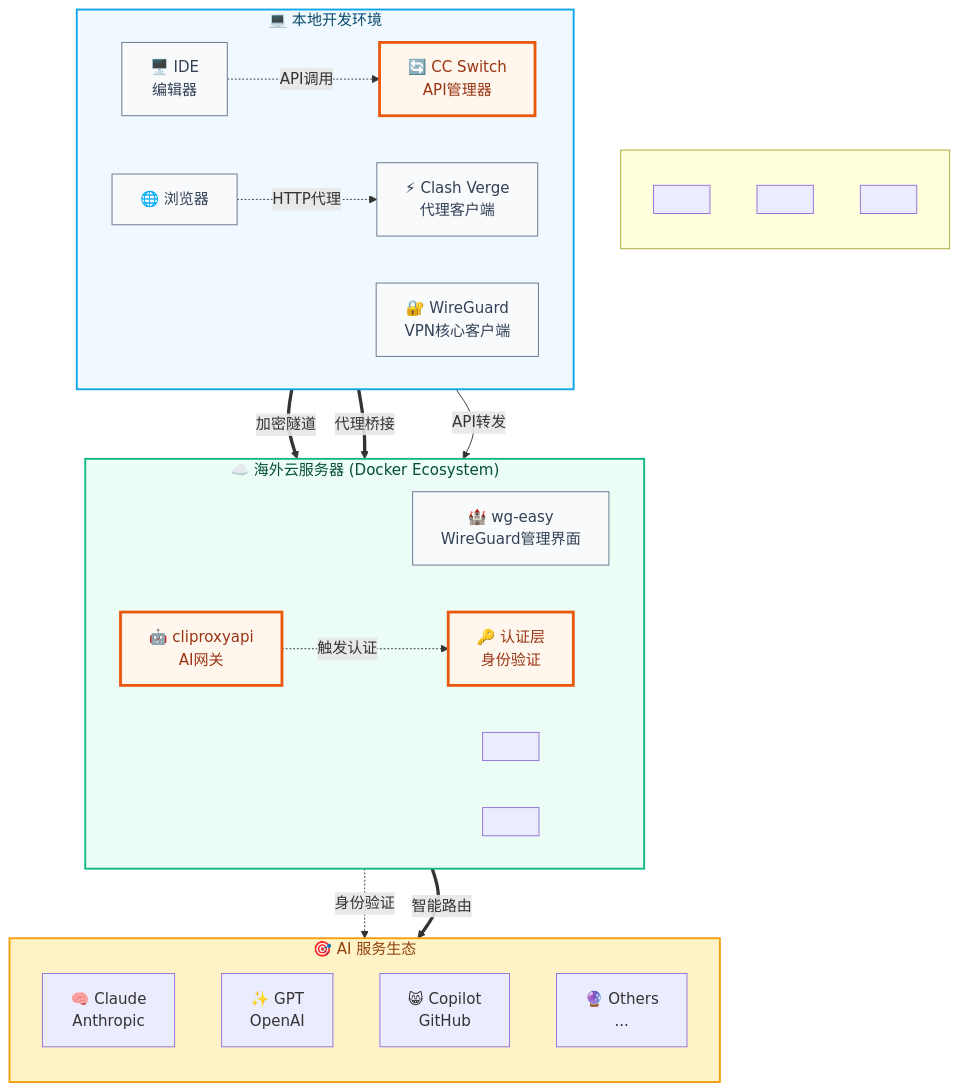
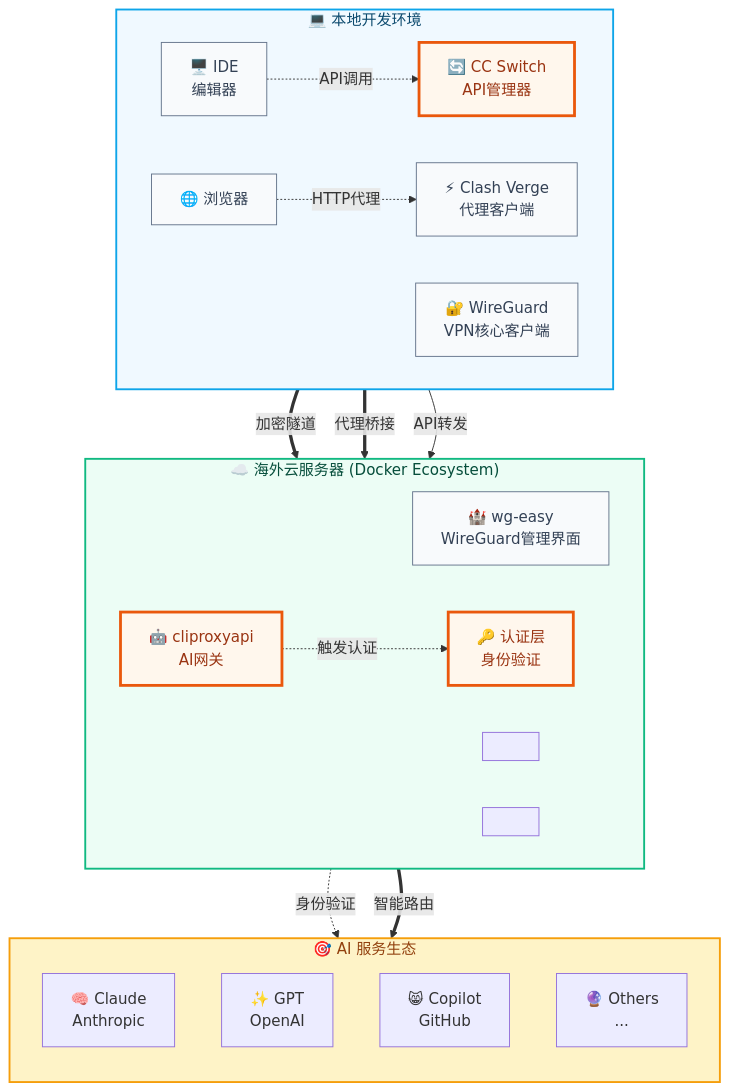
One commit to zhaofutao04/zblog changed the diagram in docs/_posts/overseas-dev-environment.md. Above: the diagram before and after it, drawn with Mermaid.

````diff
--- a/docs/_posts/overseas-dev-environment.md
+++ b/docs/_posts/overseas-dev-environment.md
@@ -38,69 +38,62 @@
 ```mermaid
 flowchart TB
-    %% 隐藏节点用于对齐
-    subgraph " "
-        direction TB
-        spacer1[" "]
-        spacer2[" "]
-        spacer3[" "]
-    end
 
     %% ========== 本地开发环境 ==========
     subgraph Local["💻 本地开发环境"]
         direction LR
         IDE["🖥️ IDE<br/>编辑器"]
         Browser["🌐 浏览器"]
         CCSwitch["🔄 CC Switch<br/>API管理器"]
         Clash["⚡ Clash Verge<br/>代理客户端"]
         WGClient["🔐 WireGuard<br/>VPN核心客户端"]
     end
 
     %% ========== 海外云服务器 ==========
     subgraph Cloud["☁️ 海外云服务器 (Docker Ecosystem)"]
         direction LR
         WGServer["🏰 wg-easy<br/>WireGuard管理界面"]
         ApiGateway["🤖 cliproxyapi<br/>AI网关"]
         AuthLayer["🔑 认证层<br/>身份验证"]
         CloudSpacer1[" "]
         CloudSpacer2[" "]
     end
 
     %% ========== AI 服务生态 ==========
     subgraph AIEcosystem["🎯 AI 服务生态"]
         direction TB
         Claude["🧠 Claude<br/>Anthropic"]
         OpenAI["✨ GPT<br/>OpenAI"]
         Copilot["😸 Copilot<br/>GitHub"]
         Others["🔮 Others<br/>..."]
     end
 
     %% ========== 连接关系 ==========
     %% 开发层连接
     IDE -.->|API调用| CCSwitch
     Browser -.->|HTTP代理| Clash
 
     %% 网络层连接
     WGClient ==>|加密隧道| WGServer
     Clash ==>|代理桥接| WGServer
 
     %% 代理层连接
     CCSwitch -->|API转发| ApiGateway
     ApiGateway -.->|触发认证| AuthLayer
 
     %% 服务层连接
     AuthLayer -.->|身份验证| AIEcosystem
     ApiGateway ==>|智能路由| AIEcosystem
 
     %% ========== 视觉样式 ==========
     classDef localStyle fill:#f0f9ff,stroke:#0ea5e9,stroke-width:2px,color:#0c4a6e
     classDef cloudStyle fill:#ecfdf5,stroke:#10b981,stroke-width:2px,color:#064e3b
     classDef aiStyle fill:#fef3c7,stroke:#f59e0b,stroke-width:2px,color:#92400e
     classDef coreComponent fill:#fff7ed,stroke:#ea580c,stroke-width:3px,color:#9a3412
     classDef devTool fill:#f8fafc,stroke:#64748b,stroke-width:1px,color:#334155
 
     class Local localStyle
     class Cloud cloudStyle
     class AIEcosystem aiStyle
     class CCSwitch,ApiGateway,AuthLayer coreComponent
     class IDE,Browser,Clash,WGClient,WGServer devTool
 ```
````
